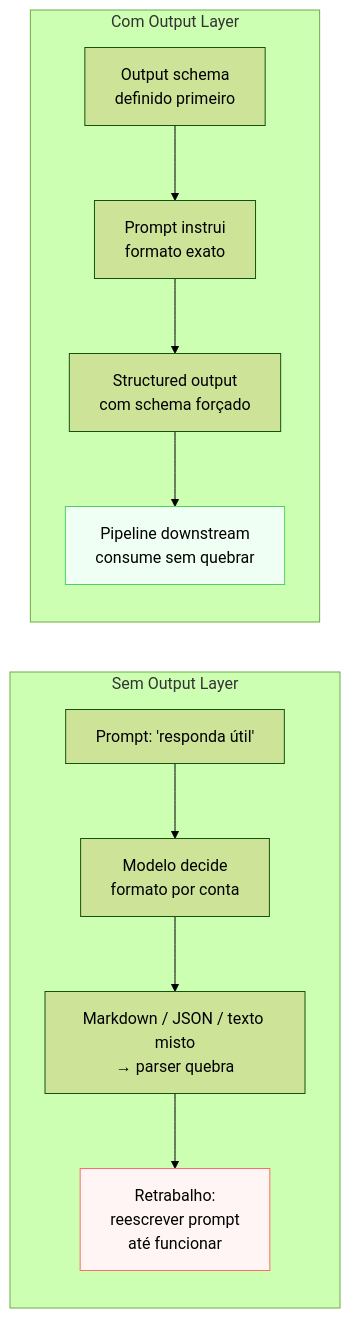
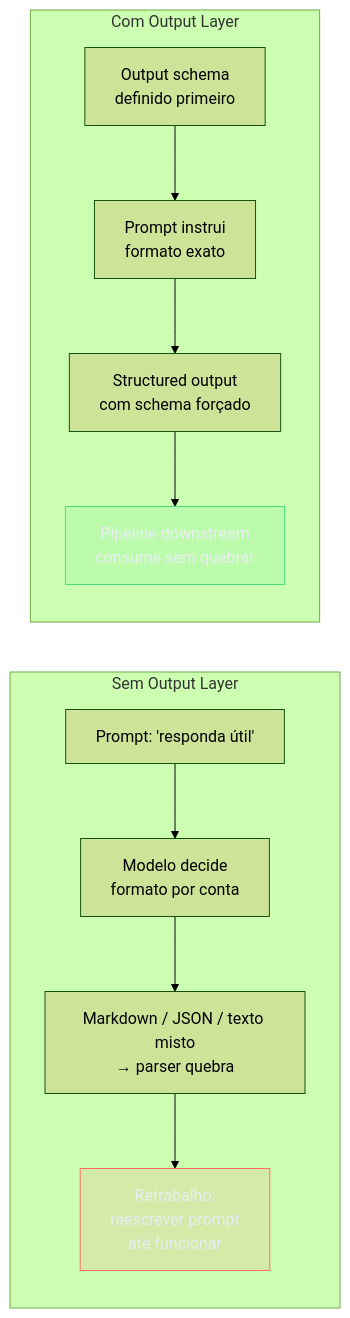
Before and after one commit to josenaldo/codex-technomanticus: the diagram in 03-Dominios/Tecnologia/IA/AI Engineering Stack/05 - Output Layer.md, drawn with Mermaid (forest theme). The commit also changed 1181 other files, not shown here.

First line of the commit message:
fix(diagramas): paleta do sistema no lugar de cor cravada no markdown

````diff
--- a/03-Dominios/Tecnologia/IA/AI Engineering Stack/05 - Output Layer.md
+++ b/03-Dominios/Tecnologia/IA/AI Engineering Stack/05 - Output Layer.md
@@ -34,22 +34,24 @@
 ```mermaid
 flowchart LR
+    classDef falha fill:#FF6B6B24,stroke:#FF6B6B,color:#E9ECF2
+    classDef ok fill:#4ADE8021,stroke:#4ADE80,color:#E9ECF2
     subgraph "Sem Output Layer"
         A1["Prompt: 'responda útil'"]
         A2["Modelo decide\nformato por conta"]
         A3["Markdown / JSON / texto misto\n→ parser quebra"]
         A4["Retrabalho:\nreescrever prompt\naté funcionar"]
     end
 
     subgraph "Com Output Layer"
         B1["Output schema\ndefinido primeiro"]
         B2["Prompt instrui\nformato exato"]
         B3["Structured output\ncom schema forçado"]
         B4["Pipeline downstream\nconsume sem quebrar"]
     end
 
     A1 --> A2 --> A3 --> A4
     B1 --> B2 --> B3 --> B4
 
-    style A4 fill:#fff5f5,stroke:#ff6b6b
-    style B4 fill:#f0fff4,stroke:#51cf66
+    class A4 falha
+    class B4 ok
 ```
````
